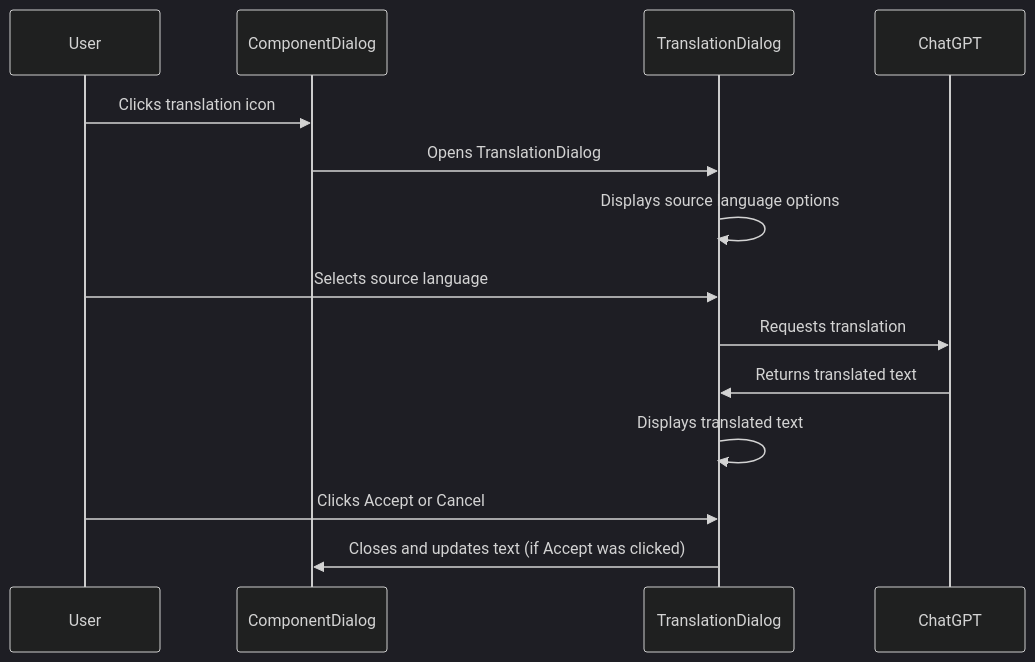
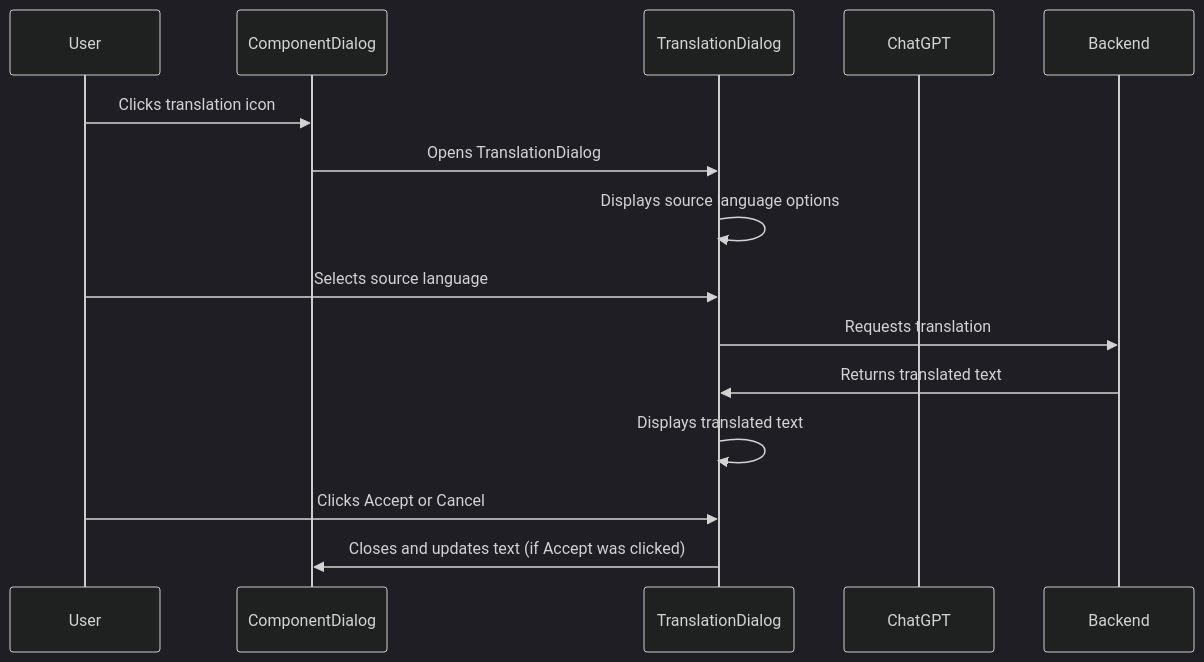
One commit to ist-dresden/composum-AI changed the diagram in featurespecs/0TranslationDialog.md. Above: the diagram before and after it, drawn with Mermaid (dark theme). The commit also changed 5 other files, not shown here.

````diff
--- a/featurespecs/0TranslationDialog.md
+++ b/featurespecs/0TranslationDialog.md
@@ -158,17 +158,17 @@
 ```mermaid
 sequenceDiagram
     participant User
     participant ComponentDialog
     participant TranslationDialog
     participant ChatGPT
 
     User ->> ComponentDialog: Clicks translation icon
     ComponentDialog ->> TranslationDialog: Opens TranslationDialog
     TranslationDialog ->> TranslationDialog: Displays source language options
     User ->> TranslationDialog: Selects source language
-    TranslationDialog ->> ChatGPT: Requests translation
-    ChatGPT ->> TranslationDialog: Returns translated text
+    TranslationDialog ->> Backend: Requests translation
+    Backend ->> TranslationDialog: Returns translated text
     TranslationDialog ->> TranslationDialog: Displays translated text
     User ->> TranslationDialog: Clicks Accept or Cancel
     TranslationDialog ->> ComponentDialog: Closes and updates text (if Accept was clicked)
 ```
````
